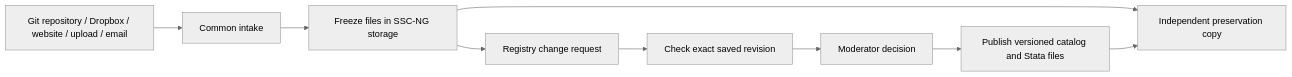
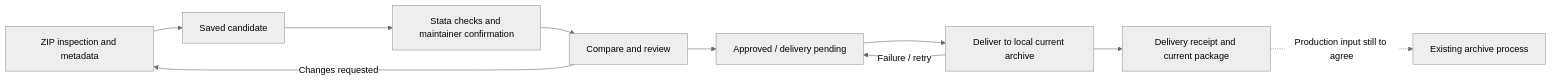
Before and after one commit to sz672/ssc-ng: the diagram in docs/ARCHITECTURE.md, drawn with Mermaid (neutral theme). The commit also changed other lines of this file and 62 other files, not shown here.

First line of the commit message:
Focus SSC-NG on package submission and current archive delivery

````diff
--- a/docs/ARCHITECTURE.md
+++ b/docs/ARCHITECTURE.md
@@ -78,11 +19,12 @@
 ```mermaid
 flowchart LR
-    A[Git repository / Dropbox / website / upload / email] --> B[Common intake]
-    B --> C[Freeze files in SSC-NG storage]
-    C --> D[Registry change request]
-    D --> E[Check exact saved revision]
-    E --> F[Moderator decision]
-    F --> G[Publish versioned catalog and Stata files]
-    C --> H[Independent preservation copy]
-    G --> H
+    A[ZIP inspection and metadata] --> B[Saved candidate]
+    B --> C[Stata checks and maintainer confirmation]
+    C --> D[Compare and review]
+    D -->|Changes requested| A
+    D --> E[Approved / delivery pending]
+    E --> F[Deliver to local current archive]
+    F -->|Failure / retry| E
+    F --> G[Delivery receipt and current package]
+    G -. Production input still to agree .-> H[Existing archive process]
 ```
````
